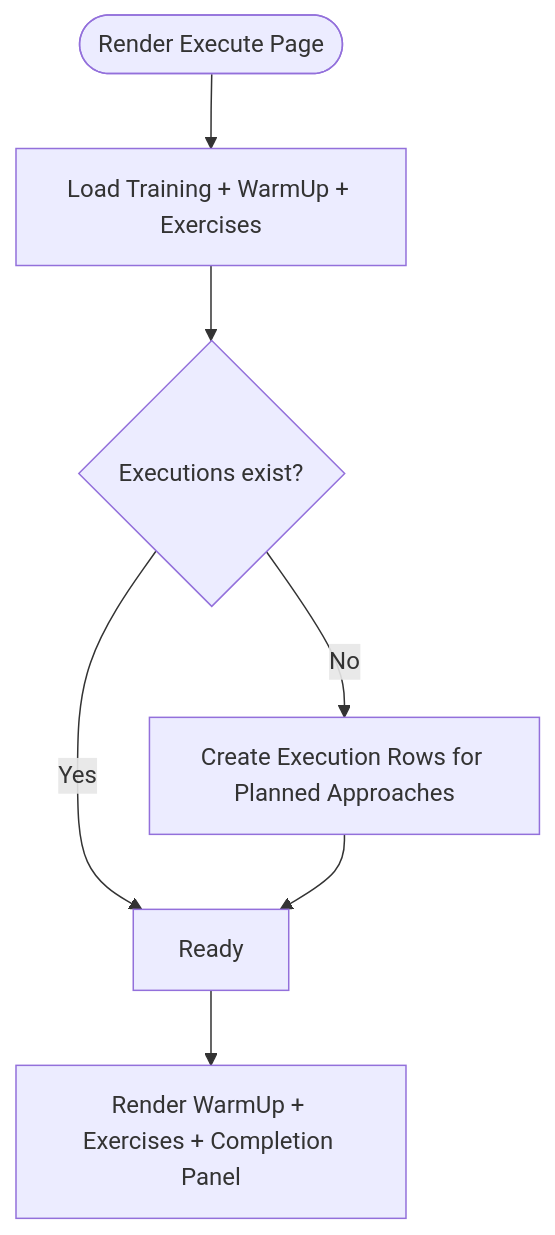
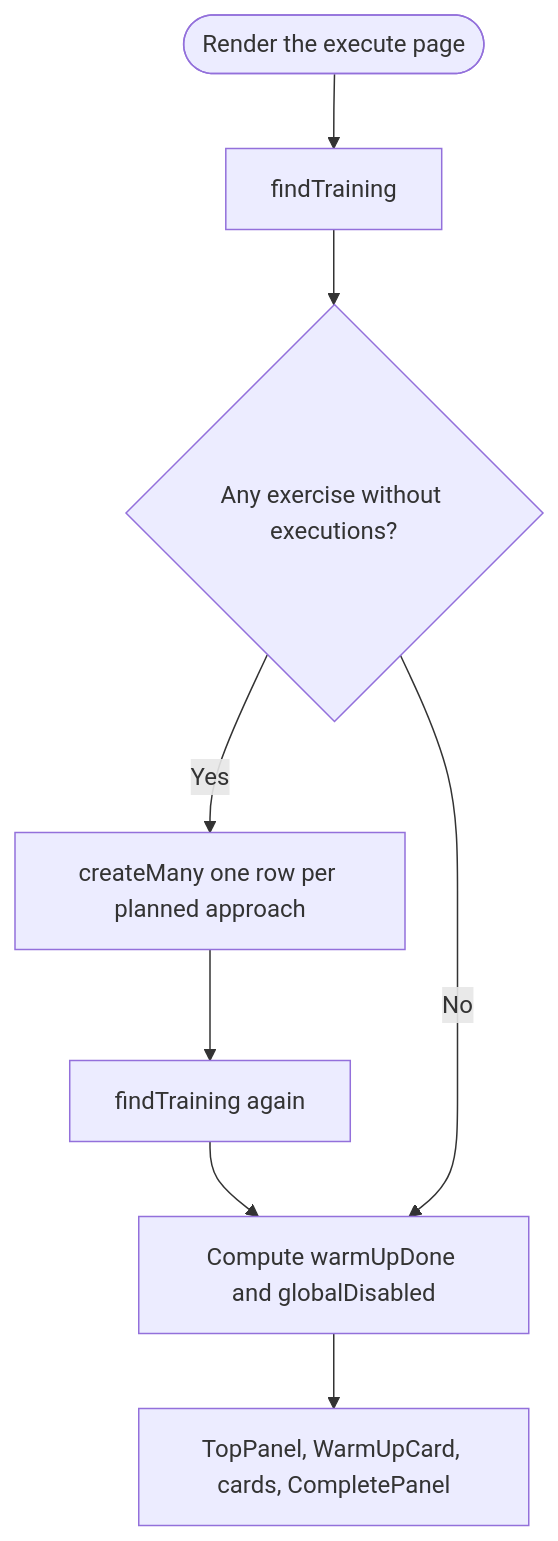
One commit to Dezzpil/meingym changed the third of 9 diagrams in .qoder/repowiki/en/content/Training Execution Flow.md. Above: the diagram before and after it, drawn with Mermaid. The commit also changed other lines of this file and 12 other files, not shown here.

````diff
--- a/.qoder/repowiki/en/content/Training Execution Flow.md
+++ b/.qoder/repowiki/en/content/Training Execution Flow.md
@@ -142,9 +254,10 @@
 ```mermaid
 flowchart TD
-Start(["Render Execute Page"]) --> Load["Load Training + WarmUp + Exercises"]
-Load --> EnsureExecs{"Executions exist?"}
-EnsureExecs --> |No| CreateExecs["Create Execution Rows for Planned Approaches"]
-EnsureExecs --> |Yes| Ready["Ready"]
-CreateExecs --> Ready
-Ready --> RenderUI["Render WarmUp + Exercises + Completion Panel"]
+Start(["Render the execute page"]) --> Load["findTraining"]
+Load --> Ensure{"Any exercise without executions?"}
+Ensure --> |Yes| Create["createMany one row per planned approach"]
+Create --> Reload["findTraining again"]
+Reload --> Flags["Compute warmUpDone and globalDisabled"]
+Ensure --> |No| Flags
+Flags --> Render["TopPanel, WarmUpCard, cards, CompletePanel"]
 ```
````
